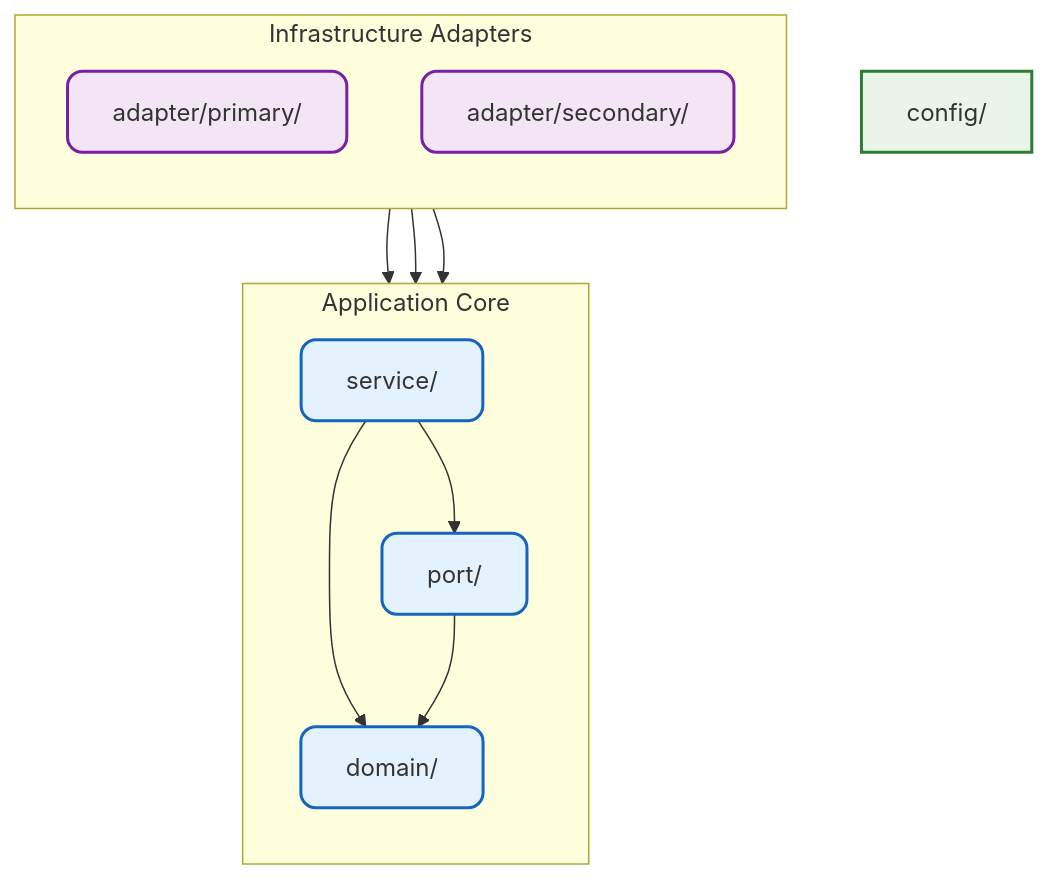
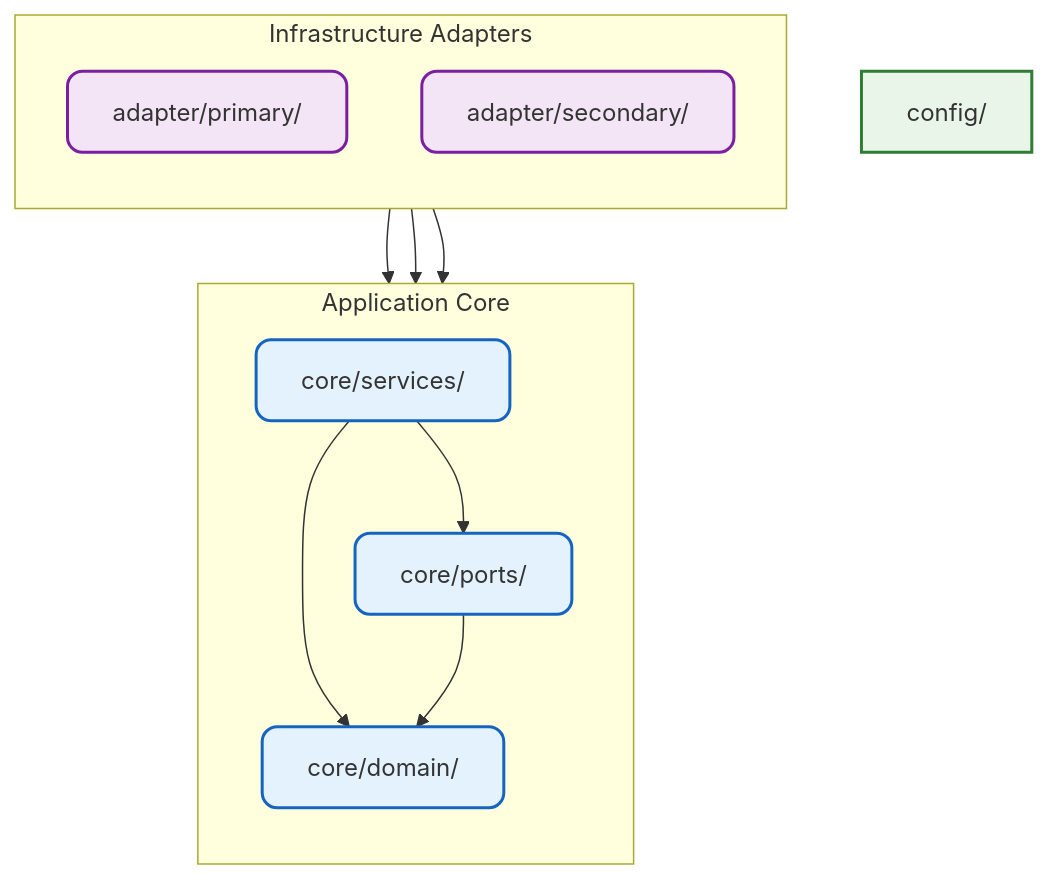
Before and after one commit to sploitzberg/go-llm-project-structure: the diagram in docs/architecture/architecture.md, drawn with Mermaid. The commit also changed other lines of this file and 27 other files, not shown here.

````diff
--- a/docs/architecture/architecture.md
+++ b/docs/architecture/architecture.md
@@ -48,33 +48,33 @@
 ```mermaid
 flowchart TB
     subgraph Core["Application Core"]
         direction TB
-        Domain[domain/]
-        Port[port/]
-        Service[service/]
+        Domain[core/domain/]
+        Port[core/ports/]
+        Service[core/services/]
     end
 
     subgraph Adapters["Infrastructure Adapters"]
         direction TB
         PAdapter[adapter/primary/]
         SAdapter[adapter/secondary/]
     end
 
     Config[config/]
 
     Service --> Domain
     Service --> Port
     Port --> Domain
 
     PAdapter --> Port
     PAdapter --> Domain
     SAdapter --> Port
 
     classDef core fill:#e3f2fd,stroke:#1565c0,stroke-width:2px,rx:10,ry:10
     classDef adapter fill:#f3e5f5,stroke:#7b1fa2,stroke-width:2px,rx:10,ry:10
     classDef config fill:#e8f5e8,stroke:#2e7d32,stroke-width:2px
 
     class Domain,Port,Service core
     class PAdapter,SAdapter adapter
     class Config config
 ```
````
